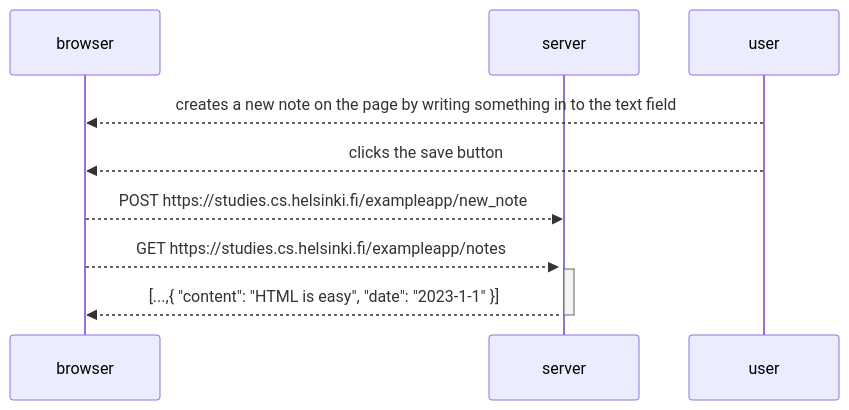
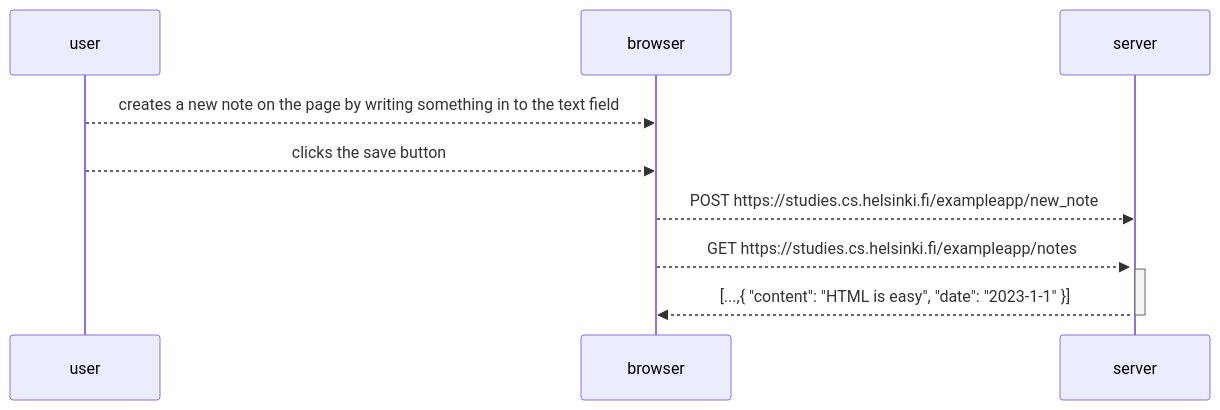
Before and after one commit to reymaa19/Fullstackopen: the diagram in part-0/Exercise-0.4/NewNoteDiagram.md, drawn with Mermaid. The commit also changed other lines of this file, not shown here.

Commit message:
Moved user from right to left

````diff
--- a/part-0/Exercise-0.4/NewNoteDiagram.md
+++ b/part-0/Exercise-0.4/NewNoteDiagram.md
@@ -1,15 +1,15 @@
 ```mermaid
 sequenceDiagram
+    participant user
     participant browser
     participant server
-    participant user
 
     user-->>browser: creates a new note on the page by writing something in to the text field
     user-->>browser: clicks the save button
     browser-->>server: POST https://studies.cs.helsinki.fi/exampleapp/new_note
     activate server
     browser-->>server: GET https://studies.cs.helsinki.fi/exampleapp/notes
     activate server
     server-->>browser: [...,{ "content": "HTML is easy", "date": "2023-1-1" }]
     deactivate server
 ```
````
